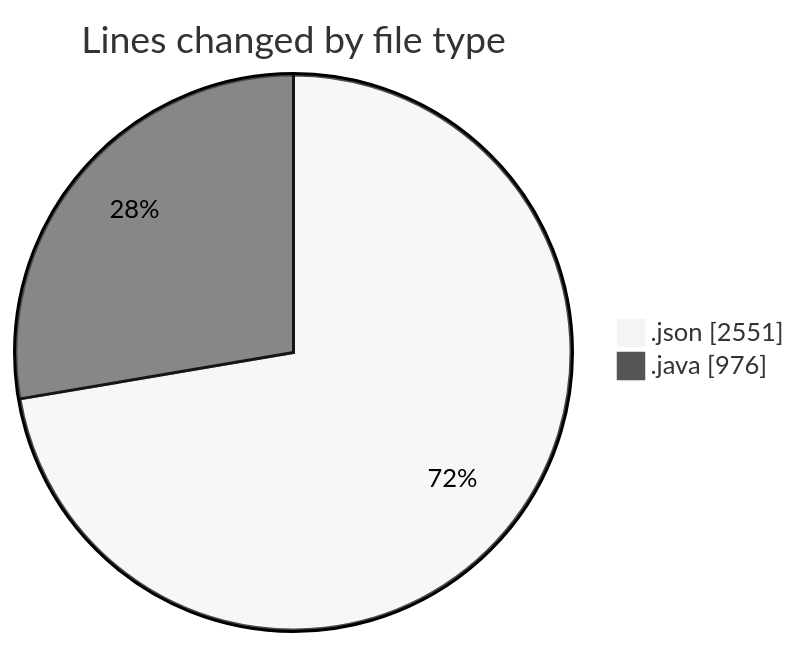
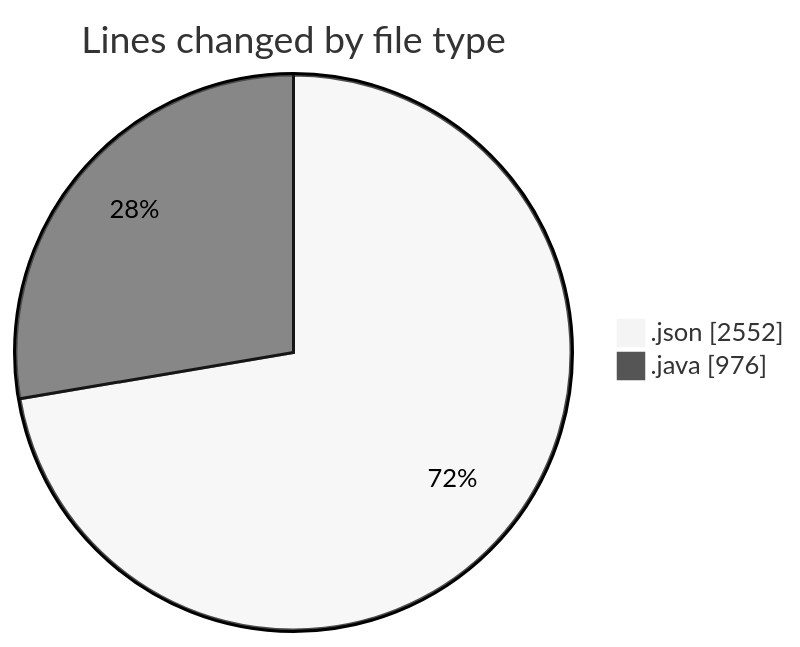
Before and after one commit to ricardozamudiocil/code-tracking: the first of 2 diagrams in 2026-10-20/cilapp/README.md, drawn with Mermaid (neutral theme). The commit also changed other lines of this file and 1 other file, not shown here.

````diff
--- a/2026-10-20/cilapp/README.md
+++ b/2026-10-20/cilapp/README.md
@@ -23,6 +23,6 @@
 ```mermaid
 pie showData
 title Lines changed by file type
-".json" : 2551
+".json" : 2552
 ".java" : 976
 ```
````
